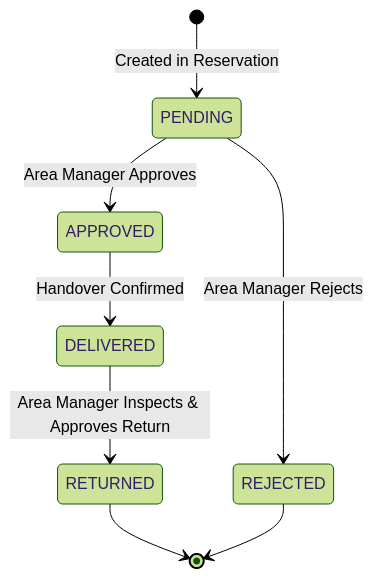
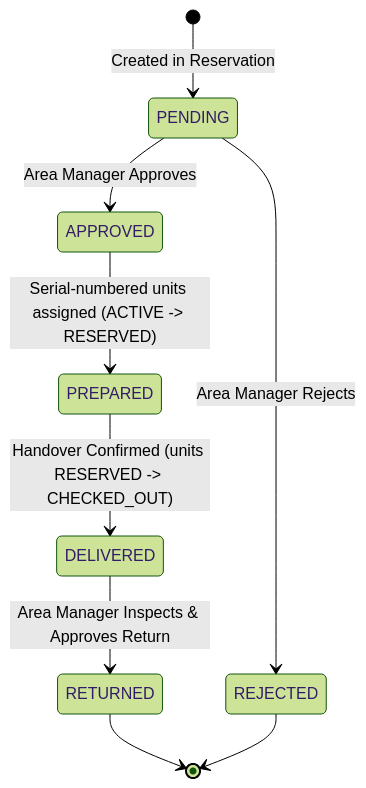
The third of 4 diagrams in docs/software_spec/asset-reservation-flow.md (Faiisu/asset-reserve), drawn with Mermaid (forest theme) before and after one commit. The commit also changed other lines of this file and 39 other files, not shown here.

````diff
--- a/docs/software_spec/asset-reservation-flow.md
+++ b/docs/software_spec/asset-reservation-flow.md
@@ -77,10 +79,11 @@
 ```mermaid
 stateDiagram-v2
     [*] --> PENDING: Created in Reservation
     PENDING --> APPROVED: Area Manager Approves
     PENDING --> REJECTED: Area Manager Rejects
-    APPROVED --> DELIVERED: Handover Confirmed
+    APPROVED --> PREPARED: Serial-numbered units assigned (ACTIVE -> RESERVED)
+    PREPARED --> DELIVERED: Handover Confirmed (units RESERVED -> CHECKED_OUT)
     DELIVERED --> RETURNED: Area Manager Inspects & Approves Return
     RETURNED --> [*]
     REJECTED --> [*]
 ```
````
